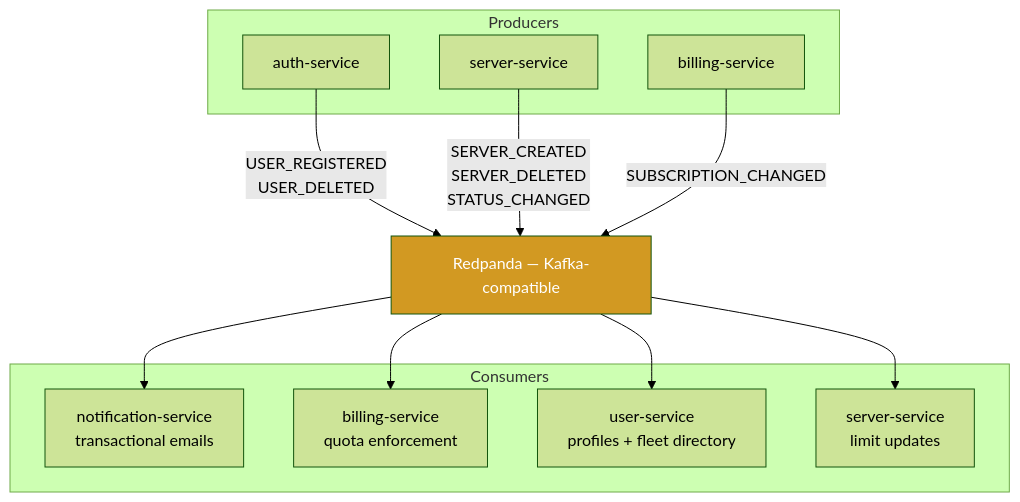
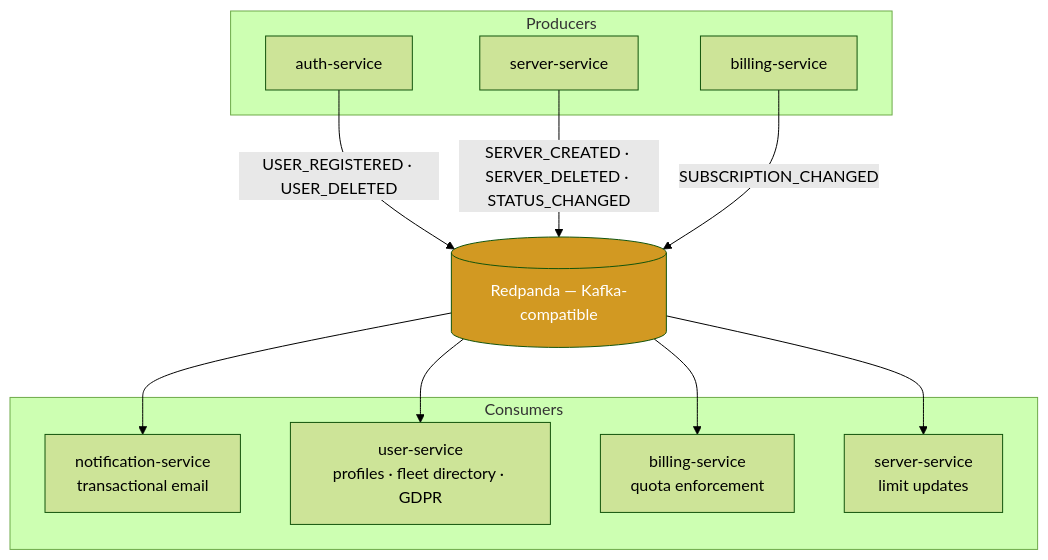
Before and after one commit to WhitehatD/MetricHost: the fourth of 6 diagrams in README.md, drawn with Mermaid (forest theme). The commit also changed other lines of this file and 3 other files, not shown here.

````diff
--- a/README.md
+++ b/README.md
@@ -420,28 +302,24 @@
 ```mermaid
 flowchart TD
     subgraph Producers
         AUTH[auth-service]
         SRV[server-service]
         BILL[billing-service]
     end
 
-    BUS[Redpanda — Kafka-compatible]
+    BUS[(Redpanda — Kafka-compatible)]
 
     subgraph Consumers
-        NOTIFY[notification-service<br/>transactional emails]
+        NOTIFY[notification-service<br/>transactional email]
+        USER[user-service<br/>profiles · fleet directory · GDPR]
         BILL2[billing-service<br/>quota enforcement]
-        USER[user-service<br/>profiles + fleet directory]
         SRV2[server-service<br/>limit updates]
     end
 
-    AUTH -->|USER_REGISTERED<br/>USER_DELETED| BUS
-    SRV -->|SERVER_CREATED<br/>SERVER_DELETED<br/>STATUS_CHANGED| BUS
+    AUTH -->|USER_REGISTERED · USER_DELETED| BUS
+    SRV -->|SERVER_CREATED · SERVER_DELETED · STATUS_CHANGED| BUS
     BILL -->|SUBSCRIPTION_CHANGED| BUS
 
-    BUS --> NOTIFY
-    BUS --> BILL2
-    BUS --> USER
-    BUS --> SRV2
-
+    BUS --> NOTIFY & USER & BILL2 & SRV2
     style BUS fill:#d29922,color:#fff
 ```
````
